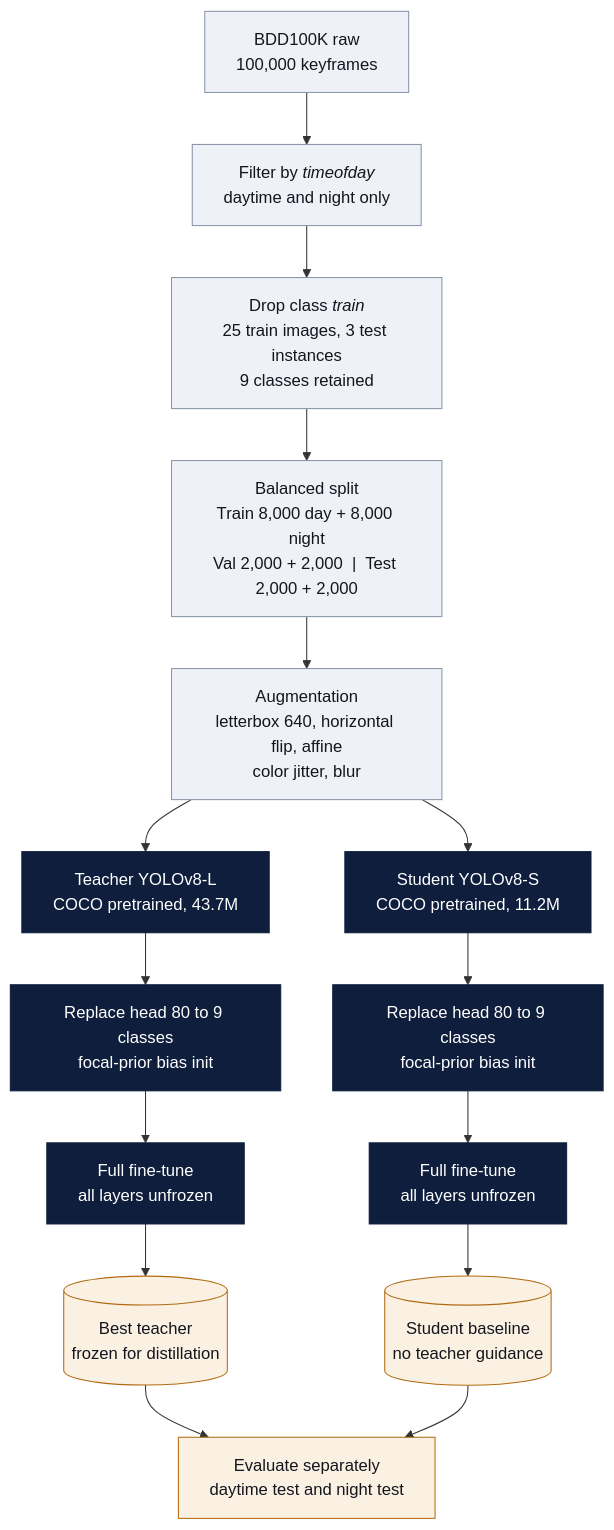
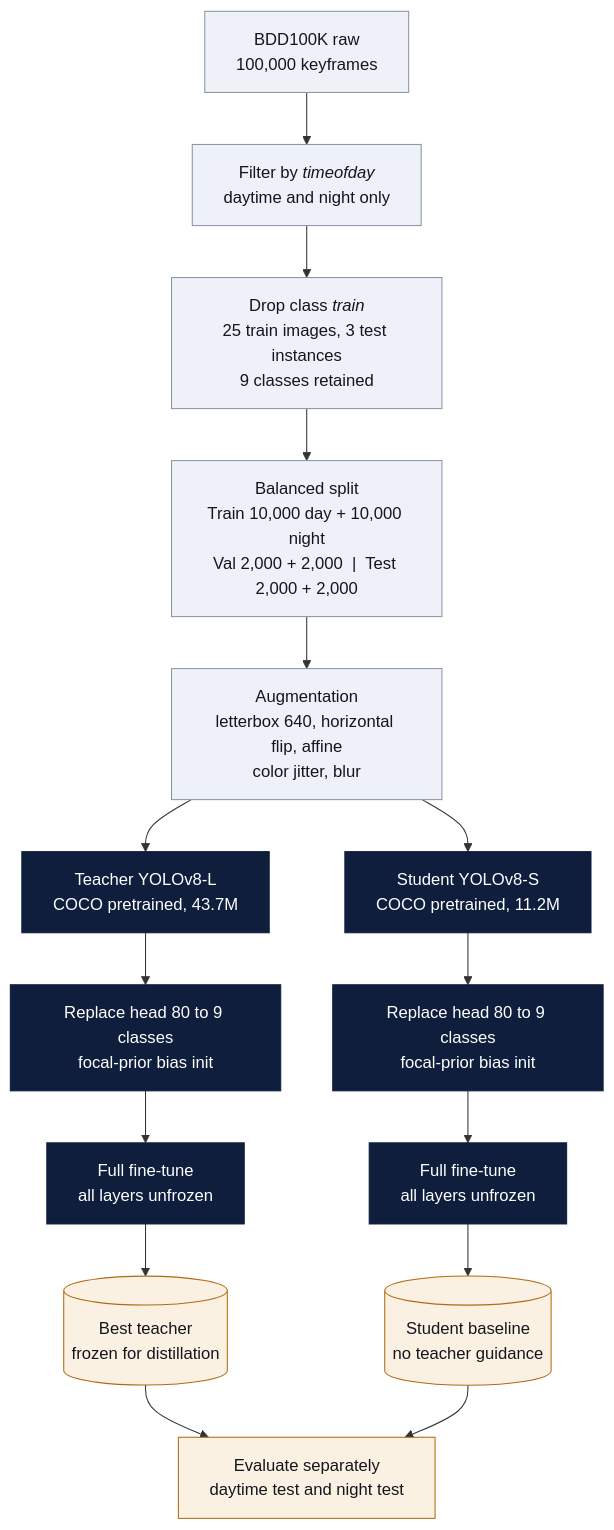
Before and after one commit to Kezota/skripsi: the diagram in revisi_naskah/Fig1_pipeline.mmd, drawn with Mermaid. The commit also changed 14 other files, not shown here.

```diff
--- a/revisi_naskah/Fig1_pipeline.mmd
+++ b/revisi_naskah/Fig1_pipeline.mmd
@@ -1,21 +1,21 @@
 flowchart TD
     A["BDD100K raw<br/>100,000 keyframes"] --> B["Filter by <i>timeofday</i><br/>daytime and night only"]
     B --> C["Drop class <i>train</i><br/>25 train images, 3 test instances<br/>9 classes retained"]
-    C --> D["Balanced split<br/>Train 8,000 day + 8,000 night<br/>Val 2,000 + 2,000 &nbsp;|&nbsp; Test 2,000 + 2,000"]
+    C --> D["Balanced split<br/>Train 10,000 day + 10,000 night<br/>Val 2,000 + 2,000 &nbsp;|&nbsp; Test 2,000 + 2,000"]
     D --> E["Augmentation<br/>letterbox 640, horizontal flip, affine<br/>color jitter, blur"]
     E --> T["Teacher YOLOv8-L<br/>COCO pretrained, 43.7M"]
     E --> S["Student YOLOv8-S<br/>COCO pretrained, 11.2M"]
     T --> T1["Replace head 80 to 9 classes<br/>focal-prior bias init"]
     S --> S1["Replace head 80 to 9 classes<br/>focal-prior bias init"]
     T1 --> T2["Full fine-tune<br/>all layers unfrozen"]
     S1 --> S2["Full fine-tune<br/>all layers unfrozen"]
     T2 --> T3[("Best teacher<br/>frozen for distillation")]
     S2 --> S3[("Student baseline<br/>no teacher guidance")]
     T3 --> EV["Evaluate separately<br/>daytime test and night test"]
     S3 --> EV
     classDef data fill:#EEF1F7,stroke:#8A94A8,color:#15151E
     classDef model fill:#0E1E3C,stroke:#0E1E3C,color:#FFFFFF
     classDef out fill:#FBF1E3,stroke:#B26A12,color:#15151E
     class A,B,C,D,E data
     class T,S,T1,S1,T2,S2 model
     class T3,S3,EV out
```
